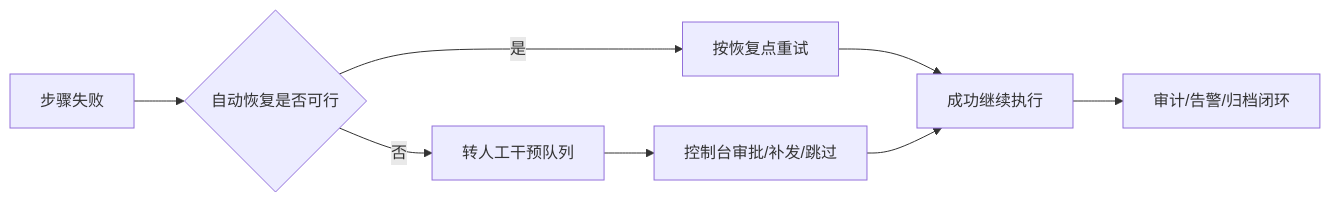
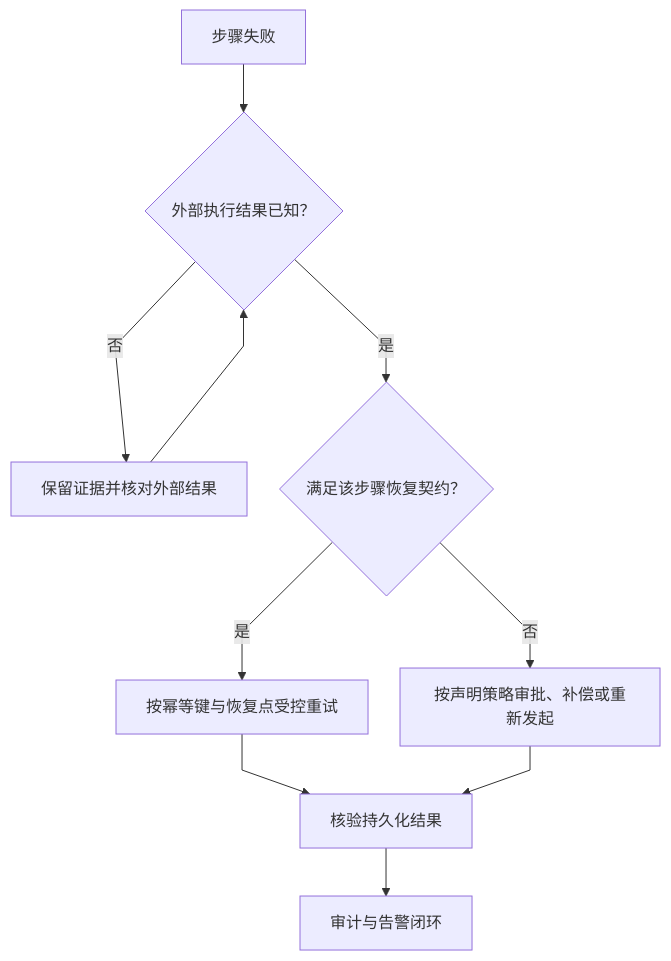
Before and after one commit to pinpols/file-batch-system: the eighth of 8 diagrams in docs/design/file-pipeline-design.md, drawn with Mermaid. The commit also changed other lines of this file and 5032 other files, not shown here.

````diff
--- a/docs/design/file-pipeline-design.md
+++ b/docs/design/file-pipeline-design.md
@@ -1035,10 +1059,13 @@
 ```mermaid
-flowchart LR
-    A[步骤失败] --> B{自动恢复是否可行}
-    B -- 是 --> C[按恢复点重试]
-    B -- 否 --> D[转人工干预队列]
-    D --> E[控制台审批/补发/跳过]
-    C --> F[成功继续执行]
-    E --> F
-    F --> G[审计/告警/归档闭环]
+%%{init: {"flowchart":{"curve":"linear","nodeSpacing":32,"rankSpacing":48},"sequence":{"mirrorActors":false}}}%%
+flowchart TB
+  F[步骤失败] --> K{外部执行结果已知？}
+  K -->|否| U[保留证据并核对外部结果]
+  U --> K
+  K -->|是| R{满足该步骤恢复契约？}
+  R -->|是| E[按幂等键与恢复点受控重试]
+  R -->|否| M[按声明策略审批、补偿或重新发起]
+  E --> V[核验持久化结果]
+  M --> V
+  V --> A[审计与告警闭环]
 ```
````
